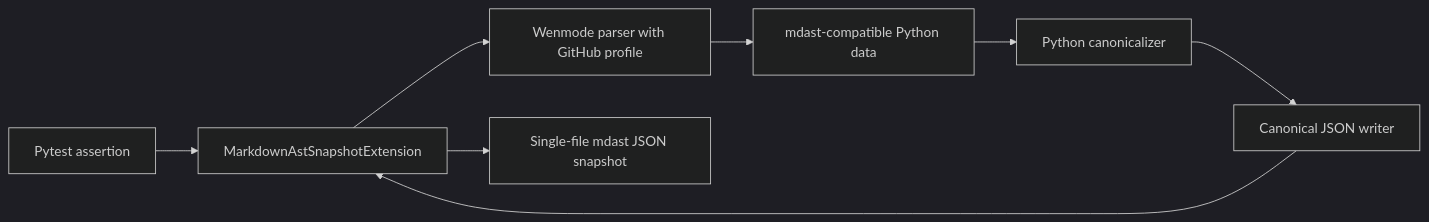
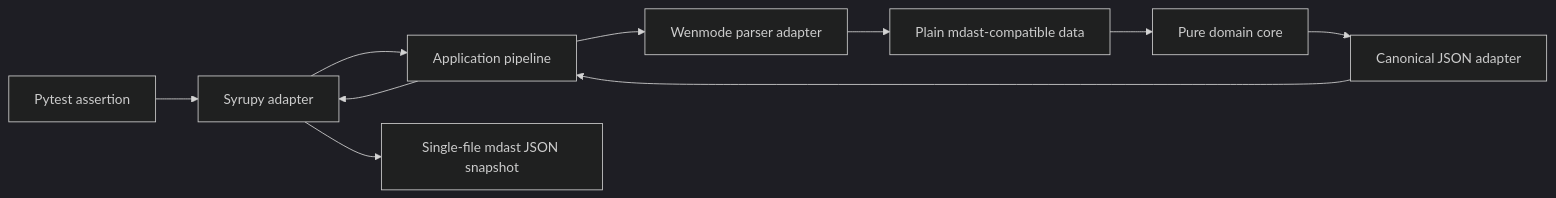
Before and after one commit to leynos/syrupy-mdast: the diagram in docs/syrupy-mdast-design.md, drawn with Mermaid (dark theme). The commit also changed other lines of this file and 1 other file, not shown here.

First line of the commit message:
Separate domain logic from adapters

````diff
--- a/docs/syrupy-mdast-design.md
+++ b/docs/syrupy-mdast-design.md
@@ -125,10 +140,12 @@
 ```mermaid
 flowchart LR
-    Test[Pytest assertion] --> Extension[MarkdownAstSnapshotExtension]
-    Extension --> Parser[Wenmode parser with GitHub profile]
-    Parser --> Ast[mdast-compatible Python data]
-    Ast --> Canonicalizer[Python canonicalizer]
-    Canonicalizer --> Writer[Canonical JSON writer]
-    Writer --> Extension
-    Extension --> Snapshot[Single-file mdast JSON snapshot]
+    Test[Pytest assertion] --> SyrupyAdapter[Syrupy adapter]
+    SyrupyAdapter --> Pipeline[Application pipeline]
+    Pipeline --> WenmodeAdapter[Wenmode parser adapter]
+    WenmodeAdapter --> Ast[Plain mdast-compatible data]
+    Ast --> Domain[Pure domain core]
+    Domain --> JsonAdapter[Canonical JSON adapter]
+    JsonAdapter --> Pipeline
+    Pipeline --> SyrupyAdapter
+    SyrupyAdapter --> Snapshot[Single-file mdast JSON snapshot]
 ```
````
